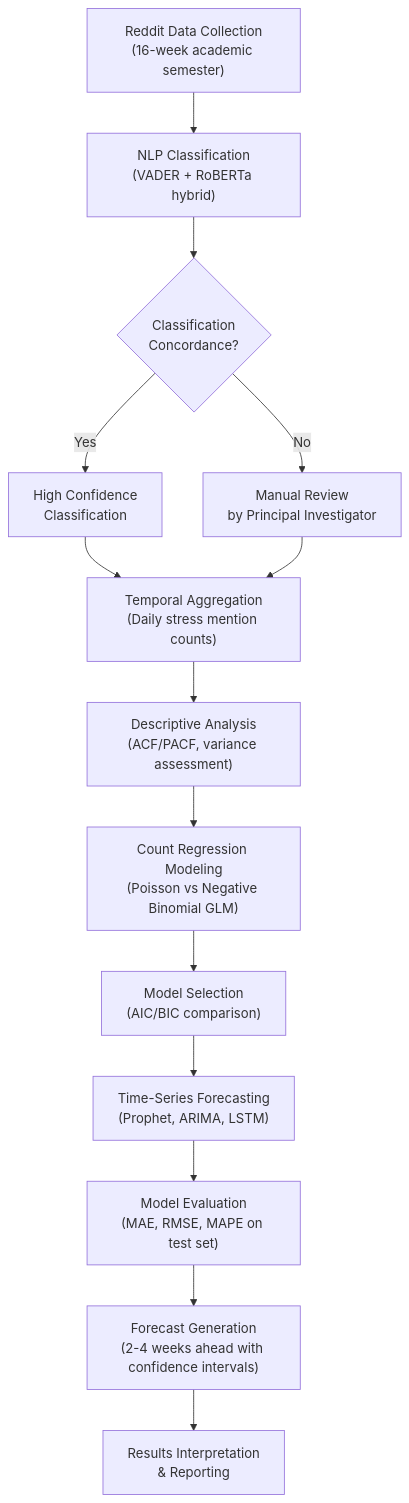
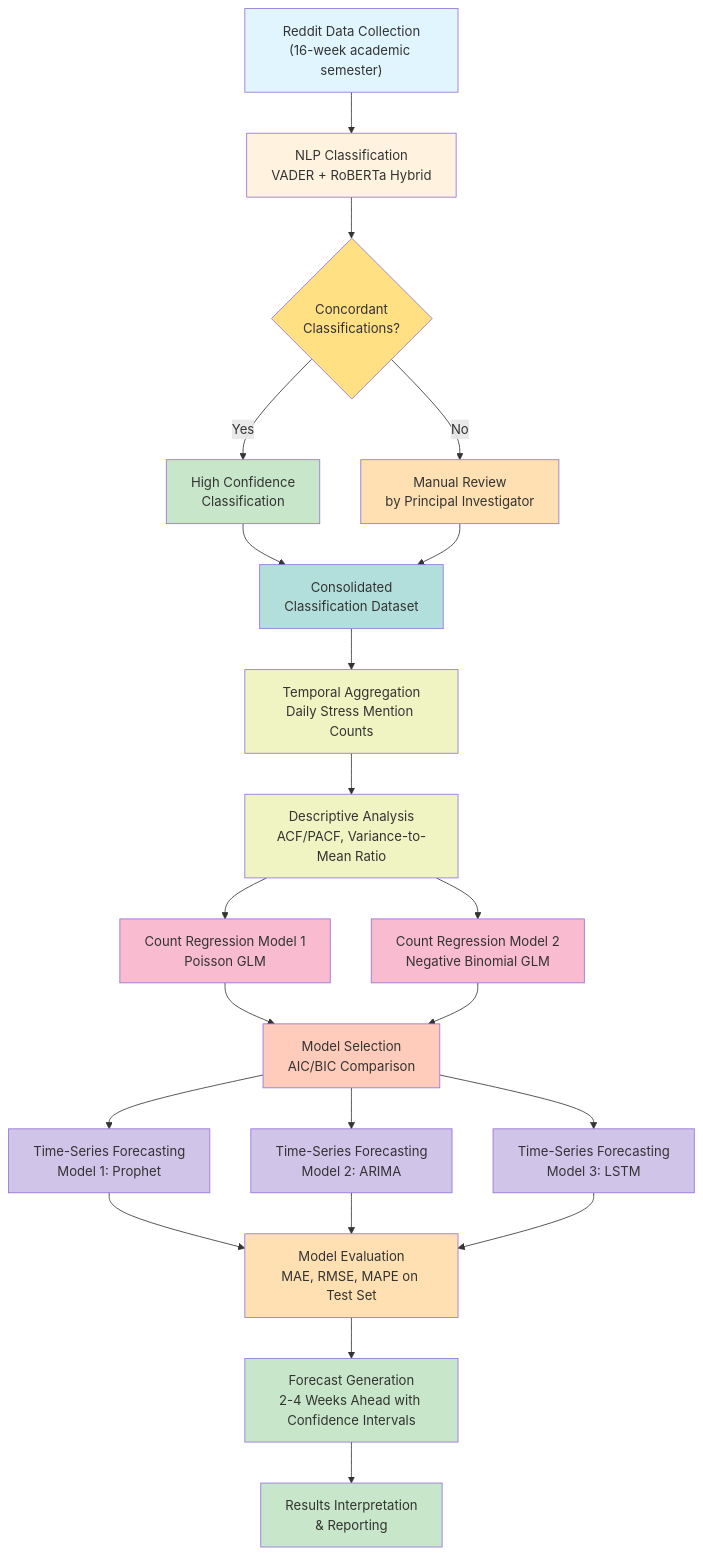
The first of 2 diagrams in assessments/ASSESSMENT_3_RESEARCH_PROPOSAL.md (weyseing/sentiment_forecast), drawn with Mermaid before and after one commit. The commit also changed other lines of this file, not shown here.

````diff
--- a/assessments/ASSESSMENT_3_RESEARCH_PROPOSAL.md
+++ b/assessments/ASSESSMENT_3_RESEARCH_PROPOSAL.md
@@ -127,16 +127,48 @@
 ```mermaid
 graph TD
-    A["Reddit Data Collection<br/>(16-week academic semester)"] --> B["NLP Classification<br/>(VADER + RoBERTa hybrid)"]
-    B --> C{"Classification<br/>Concordance?"}
+    A["Reddit Data Collection<br/>(16-week academic semester)"]
+
+    A --> B["NLP Classification<br/>VADER + RoBERTa Hybrid"]
+    B --> C{"Concordant<br/>Classifications?"}
     C -->|Yes| D["High Confidence<br/>Classification"]
     C -->|No| E["Manual Review<br/>by Principal Investigator"]
-    D --> F["Temporal Aggregation<br/>(Daily stress mention counts)"]
+    D --> F["Consolidated<br/>Classification Dataset"]
     E --> F
-    F --> G["Descriptive Analysis<br/>(ACF/PACF, variance assessment)"]
-    G --> H["Count Regression Modeling<br/>(Poisson vs Negative Binomial GLM)"]
-    H --> I["Model Selection<br/>(AIC/BIC comparison)"]
-    I --> J["Time-Series Forecasting<br/>(Prophet, ARIMA, LSTM)"]
-    J --> K["Model Evaluation<br/>(MAE, RMSE, MAPE on test set)"]
-    K --> L["Forecast Generation<br/>(2-4 weeks ahead with confidence intervals)"]
-    L --> M["Results Interpretation<br/>& Reporting"]
+
+    F --> G["Temporal Aggregation<br/>Daily Stress Mention Counts"]
+    G --> H["Descriptive Analysis<br/>ACF/PACF, Variance-to-Mean Ratio"]
+
+    H --> I["Count Regression Model 1<br/>Poisson GLM"]
+    H --> J["Count Regression Model 2<br/>Negative Binomial GLM"]
+    I --> K["Model Selection<br/>AIC/BIC Comparison"]
+    J --> K
+
+    K --> L["Time-Series Forecasting<br/>Model 1: Prophet"]
+    K --> M["Time-Series Forecasting<br/>Model 2: ARIMA"]
+    K --> N["Time-Series Forecasting<br/>Model 3: LSTM"]
+
+    L --> O["Model Evaluation<br/>MAE, RMSE, MAPE on Test Set"]
+    M --> O
+    N --> O
+
+    O --> P["Forecast Generation<br/>2-4 Weeks Ahead with Confidence Intervals"]
+    P --> Q["Results Interpretation<br/>& Reporting"]
+
+    style A fill:#e1f5ff
+    style B fill:#fff3e0
+    style C fill:#ffe082
+    style D fill:#c8e6c9
+    style E fill:#ffe0b2
+    style F fill:#b2dfdb
+    style G fill:#f0f4c3
+    style H fill:#f0f4c3
+    style I fill:#f8bbd0
+    style J fill:#f8bbd0
+    style K fill:#ffccbc
+    style L fill:#d1c4e9
+    style M fill:#d1c4e9
+    style N fill:#d1c4e9
+    style O fill:#ffe0b2
+    style P fill:#c8e6c9
+    style Q fill:#c8e6c9
 ```
````
